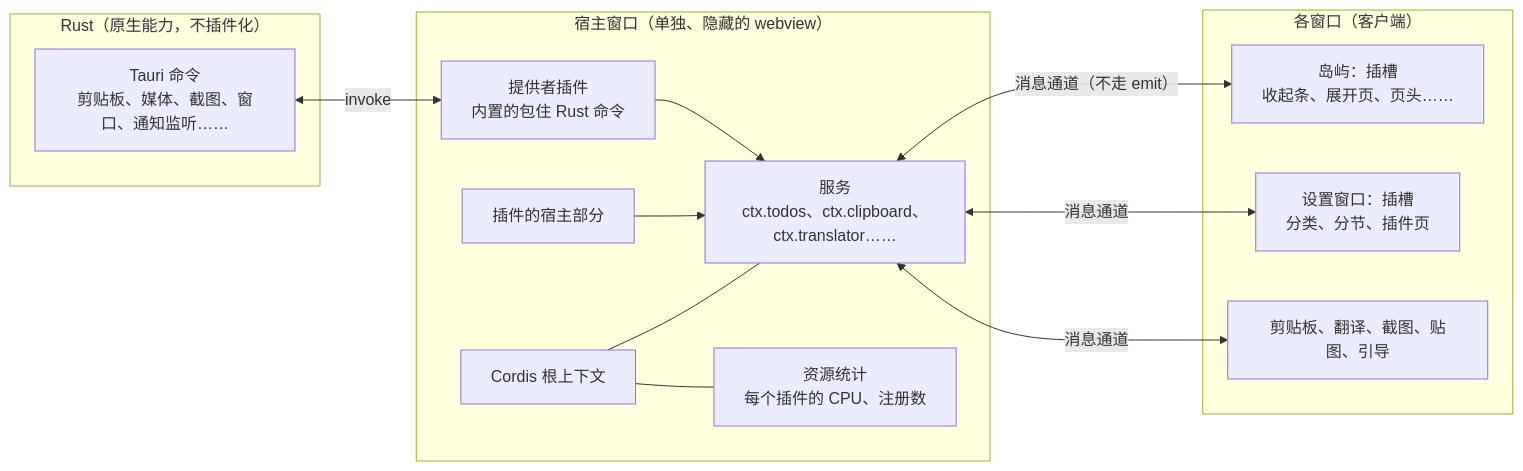
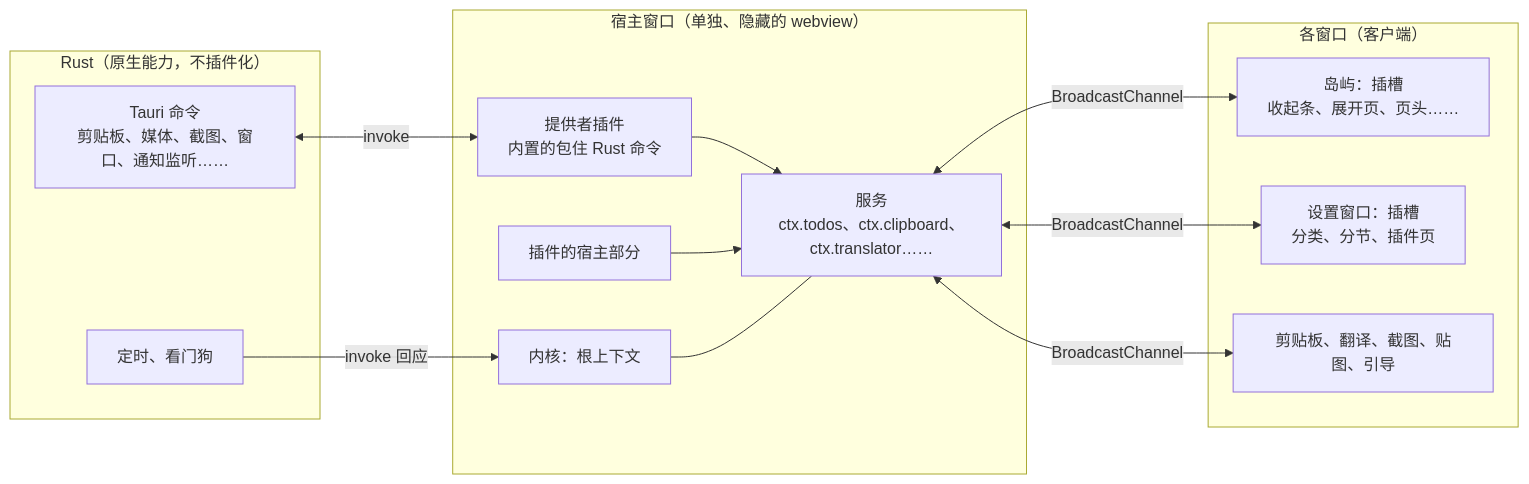
One commit to TixXin/fly-island changed the diagram in docs/architecture/plugins/v3-everything-plugin.md. Above: the diagram before and after it, drawn with Mermaid. The commit also changed other lines of this file and 4 other files, not shown here.

````diff
--- a/docs/architecture/plugins/v3-everything-plugin.md
+++ b/docs/architecture/plugins/v3-everything-plugin.md
@@ -23,26 +87,26 @@
 ```mermaid
 flowchart LR
   subgraph rust["Rust（原生能力，不插件化）"]
     cmds["Tauri 命令\n剪贴板、媒体、截图、窗口、通知监听……"]
+    clock["定时、看门狗"]
   end
   subgraph host["宿主窗口（单独、隐藏的 webview）"]
-    root["Cordis 根上下文"]
+    root["内核：根上下文"]
     svc["服务\nctx.todos、ctx.clipboard、ctx.translator……"]
     prov["提供者插件\n内置的包住 Rust 命令"]
     hostp["插件的宿主部分"]
-    mon["资源统计\n每个插件的 CPU、注册数"]
   end
   subgraph clients["各窗口（客户端）"]
     island["岛屿：插槽\n收起条、展开页、页头……"]
     settings["设置窗口：插槽\n分类、分节、插件页"]
     others["剪贴板、翻译、截图、贴图、引导"]
   end
   cmds <-- "invoke" --> prov
+  clock -- "invoke 回应" --> root
   prov --> svc
   hostp --> svc
   root --- svc
-  root --- mon
-  svc <-- "消息通道（不走 emit）" --> island
-  svc <-- "消息通道" --> settings
-  svc <-- "消息通道" --> others
+  svc <-- "BroadcastChannel" --> island
+  svc <-- "BroadcastChannel" --> settings
+  svc <-- "BroadcastChannel" --> others
 ```
````
